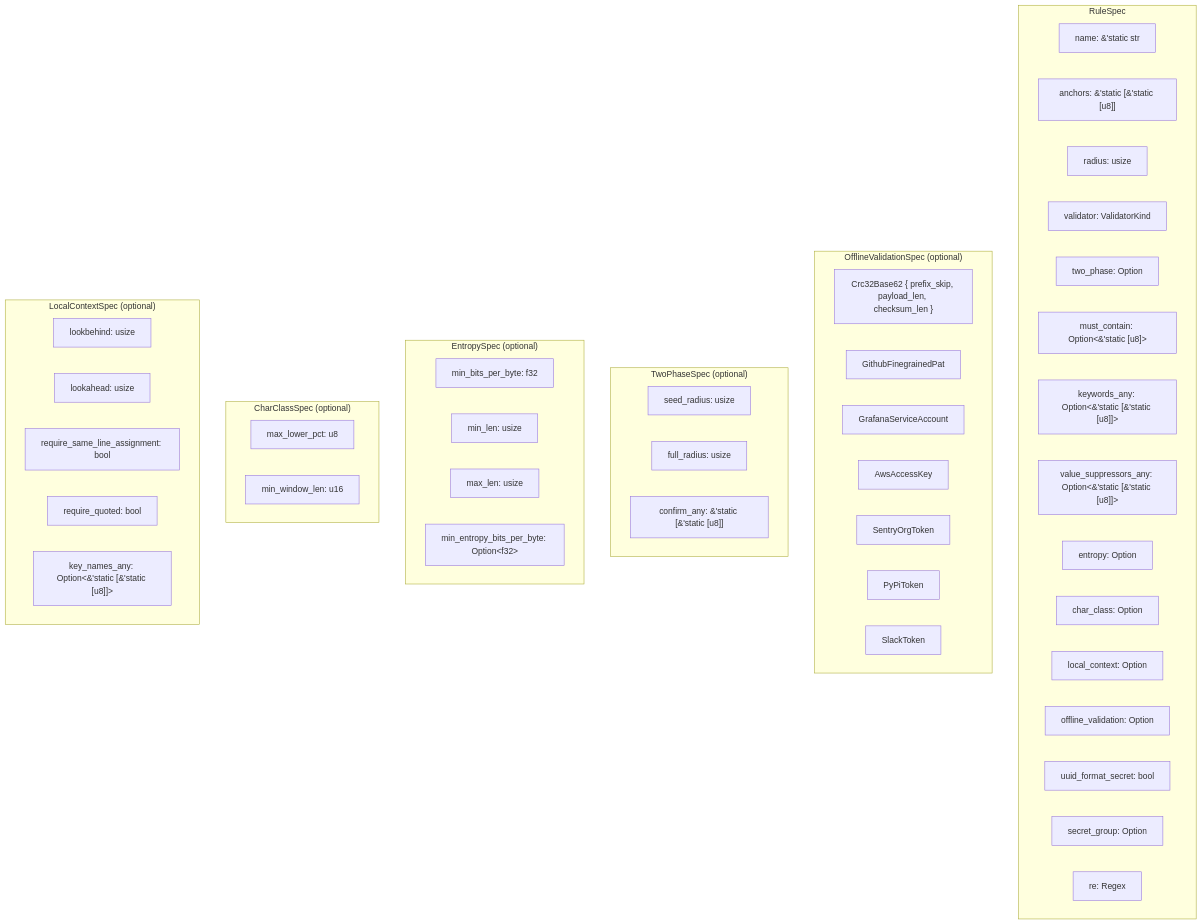
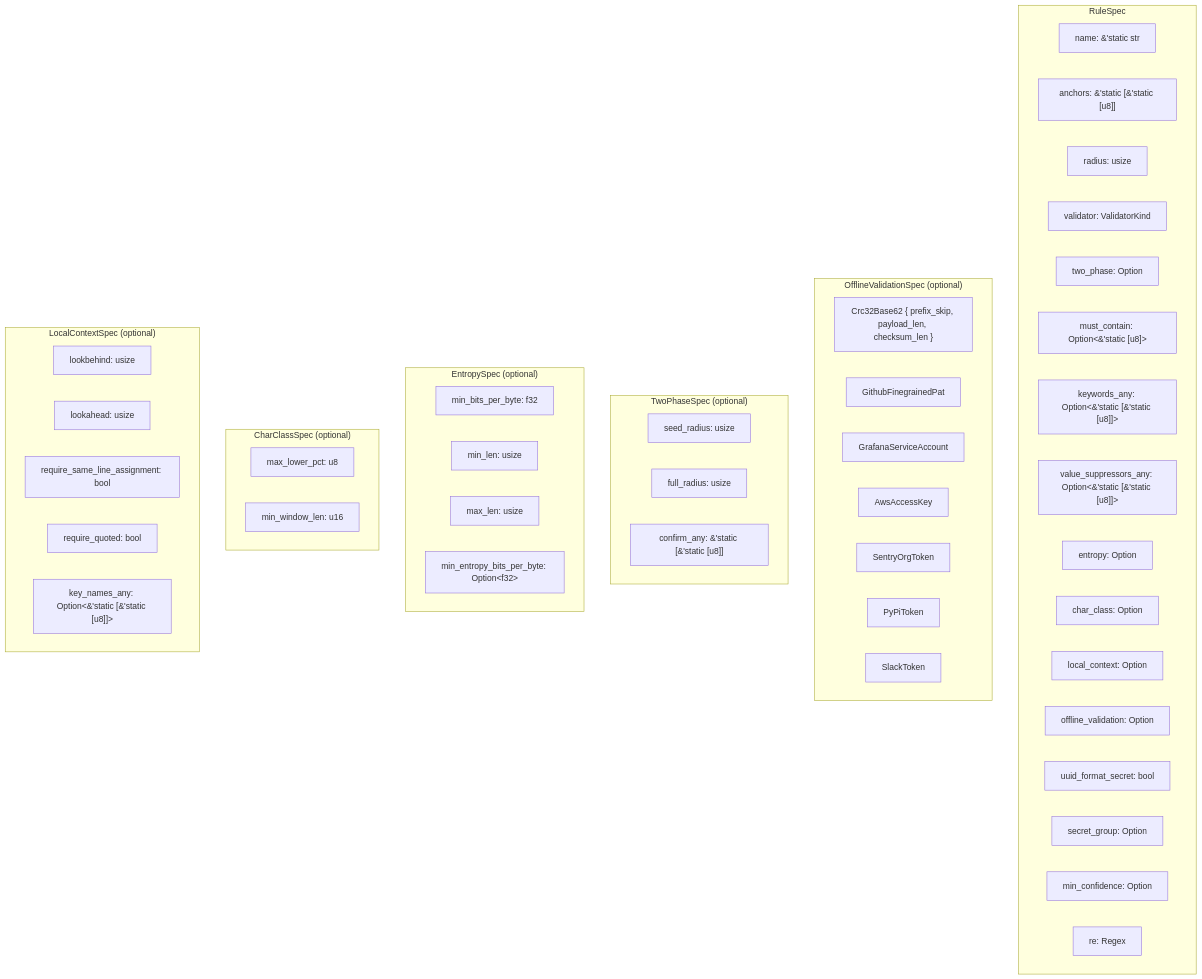
One commit to ahrav/scratch-scanner-rs changed the second of 4 diagrams in docs/detection-rules.md. Above: the diagram before and after it, drawn with Mermaid. The commit also changed other lines of this file and 31 other files, not shown here.

First line of the commit message:
Add `min_confidence` field to RuleSpec

````diff
--- a/docs/detection-rules.md
+++ b/docs/detection-rules.md
@@ -137,56 +137,57 @@
 ```mermaid
 graph TB
     subgraph RuleSpec["RuleSpec"]
         Name["name: &'static str"]
         Anchors["anchors: &'static [&'static [u8]]"]
         Radius["radius: usize"]
         Validator["validator: ValidatorKind"]
         TwoPhase["two_phase: Option<TwoPhaseSpec>"]
         MustContain["must_contain: Option<&'static [u8]>"]
         KeywordsAny["keywords_any: Option<&'static [&'static [u8]]>"]
         ValueSuppressorsAny["value_suppressors_any: Option<&'static [&'static [u8]]>"]
         Entropy["entropy: Option<EntropySpec>"]
         CharClass["char_class: Option<CharClassSpec>"]
         LocalContext["local_context: Option<LocalContextSpec>"]
         OfflineValidation["offline_validation: Option<OfflineValidationSpec>"]
         UuidFormatSecret["uuid_format_secret: bool"]
         SecretGroup["secret_group: Option<u16>"]
+        MinConfidence["min_confidence: Option<i8>"]
         Regex["re: Regex"]
     end
 
     subgraph OfflineValidationSpec["OfflineValidationSpec (optional)"]
         OvCrc32["Crc32Base62 { prefix_skip, payload_len, checksum_len }"]
         OvGhPat["GithubFinegrainedPat"]
         OvGrafana["GrafanaServiceAccount"]
         OvAws["AwsAccessKey"]
         OvSentry["SentryOrgToken"]
         OvPyPi["PyPiToken"]
         OvSlack["SlackToken"]
     end
 
     subgraph TwoPhaseSpec["TwoPhaseSpec (optional)"]
         SeedRadius["seed_radius: usize"]
         FullRadius["full_radius: usize"]
         ConfirmAny["confirm_any: &'static [&'static [u8]]"]
     end
 
     subgraph EntropySpec["EntropySpec (optional)"]
         MinBpb["min_bits_per_byte: f32"]
         MinLen["min_len: usize"]
         MaxLen["max_len: usize"]
         MinEntropyBpb["min_entropy_bits_per_byte: Option&lt;f32&gt;"]
     end
 
     subgraph CharClassSpec["CharClassSpec (optional)"]
         MaxLowerPct["max_lower_pct: u8"]
         MinWindowLen["min_window_len: u16"]
     end
 
     subgraph LocalContextSpec["LocalContextSpec (optional)"]
         Lookbehind["lookbehind: usize"]
         Lookahead["lookahead: usize"]
         SameLine["require_same_line_assignment: bool"]
         Quoted["require_quoted: bool"]
         KeyNames["key_names_any: Option<&'static [&'static [u8]]>"]
     end
 ```
````
